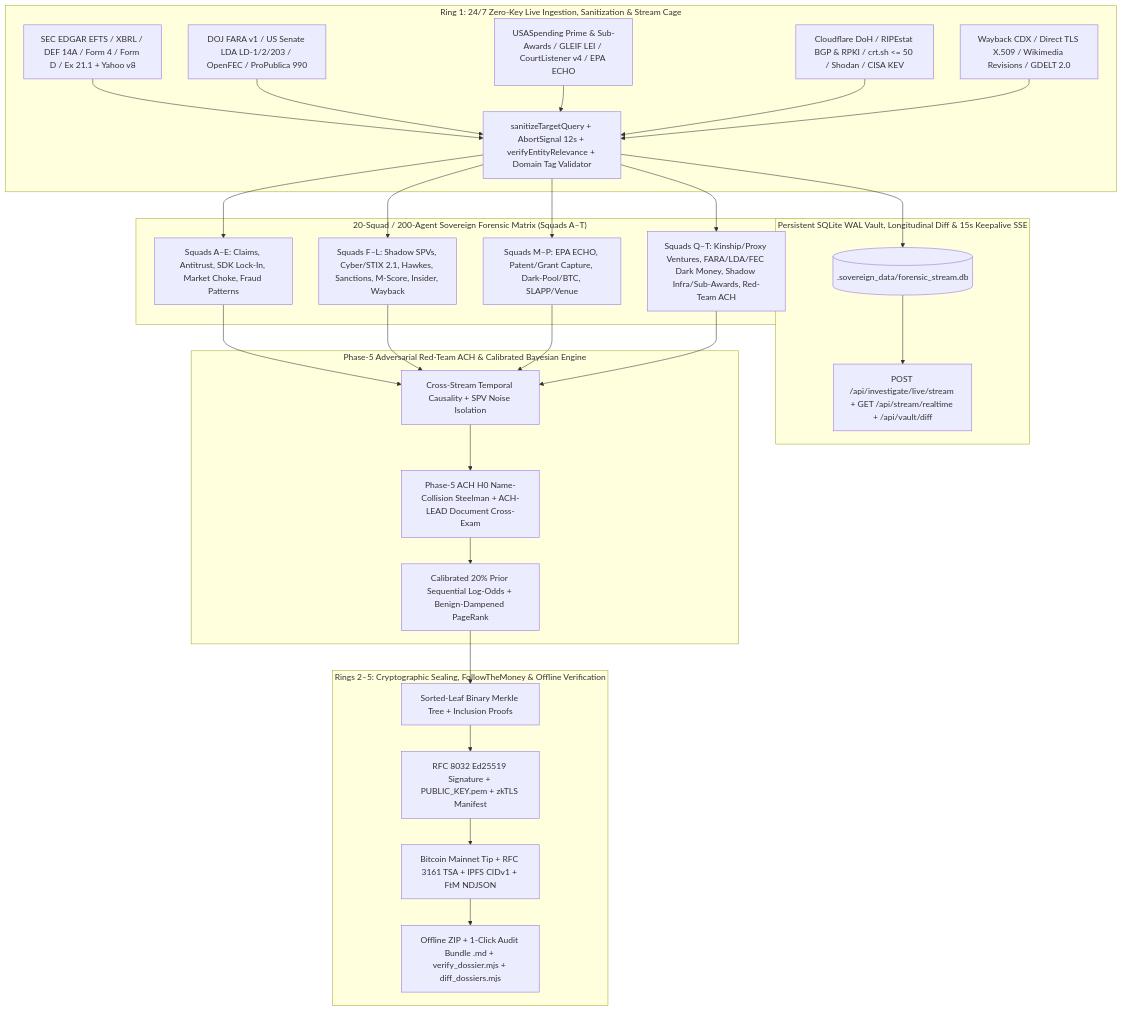
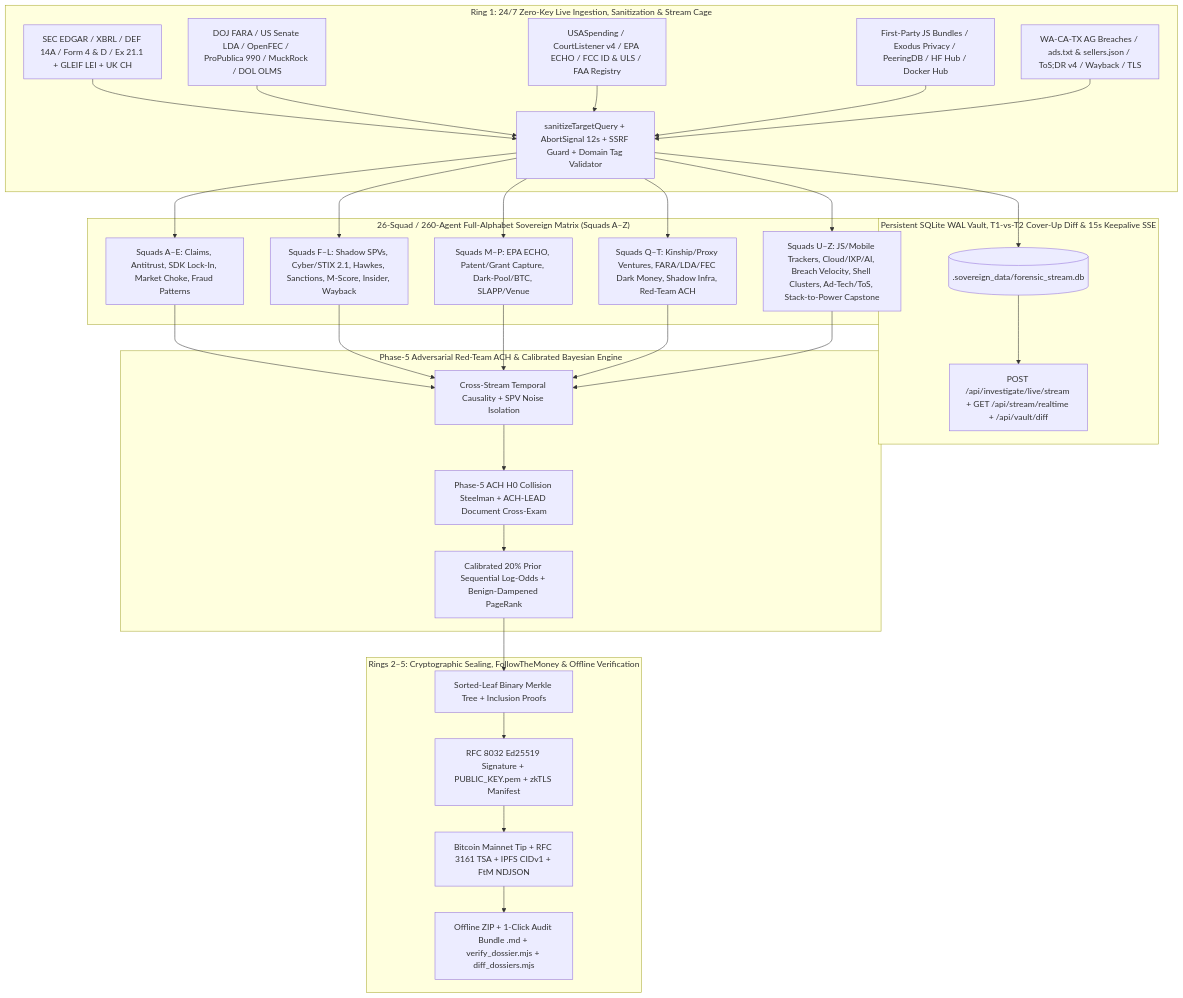
The diagram in README.md (codevalai/Sovereign-Tech-Hyper-Investigations-Grid), drawn with Mermaid before and after one commit. The commit also changed other lines of this file and 48 other files, not shown here.

First line of the commit message:
feat: upgrade to 260-agent A-Z swarm architecture

````diff
--- a/README.md
+++ b/README.md
@@ -27,41 +28,42 @@
 ```mermaid
 flowchart TD
     subgraph Ring1["Ring 1: 24/7 Zero-Key Live Ingestion, Sanitization & Stream Cage"]
-        A1[SEC EDGAR EFTS / XBRL / DEF 14A / Form 4 / Form D / Ex 21.1 + Yahoo v8]
-        A2[DOJ FARA v1 / US Senate LDA LD-1/2/203 / OpenFEC / ProPublica 990]
-        A3[USASpending Prime & Sub-Awards / GLEIF LEI / CourtListener v4 / EPA ECHO]
-        A4[Cloudflare DoH / RIPEstat BGP & RPKI / crt.sh <= 50 / Shodan / CISA KEV]
-        A5[Wayback CDX / Direct TLS X.509 / Wikimedia Revisions / GDELT 2.0]
-        SHIELD[sanitizeTargetQuery + AbortSignal 12s + verifyEntityRelevance + Domain Tag Validator]
+        A1[SEC EDGAR / XBRL / DEF 14A / Form 4 & D / Ex 21.1 + GLEIF LEI + UK CH]
+        A2[DOJ FARA / US Senate LDA / OpenFEC / ProPublica 990 / MuckRock / DOL OLMS]
+        A3[USASpending / CourtListener v4 / EPA ECHO / FCC ID & ULS / FAA Registry]
+        A4[First-Party JS Bundles / Exodus Privacy / PeeringDB / HF Hub / Docker Hub]
+        A5[WA-CA-TX AG Breaches / ads.txt & sellers.json / ToS;DR v4 / Wayback / TLS]
+        SHIELD[sanitizeTargetQuery + AbortSignal 12s + SSRF Guard + Domain Tag Validator]
         A1 & A2 & A3 & A4 & A5 --> SHIELD
     end
 
-    subgraph Daemon["Persistent SQLite WAL Vault, Longitudinal Diff & 15s Keepalive SSE"]
+    subgraph Daemon["Persistent SQLite WAL Vault, T1-vs-T2 Cover-Up Diff & 15s Keepalive SSE"]
         DB[(.sovereign_data/forensic_stream.db)]
         SSE[POST /api/investigate/live/stream + GET /api/stream/realtime + /api/vault/diff]
         SHIELD --> DB --> SSE
     end
 
-    subgraph Swarm["20-Squad / 200-Agent Sovereign Forensic Matrix (Squads A–T)"]
+    subgraph Swarm["26-Squad / 260-Agent Full-Alphabet Sovereign Matrix (Squads A–Z)"]
         SQ_AE[Squads A–E: Claims, Antitrust, SDK Lock-In, Market Choke, Fraud Patterns]
         SQ_IL[Squads F–L: Shadow SPVs, Cyber/STIX 2.1, Hawkes, Sanctions, M-Score, Insider, Wayback]
         SQ_MP[Squads M–P: EPA ECHO, Patent/Grant Capture, Dark-Pool/BTC, SLAPP/Venue]
-        SQ_QT[Squads Q–T: Kinship/Proxy Ventures, FARA/LDA/FEC Dark Money, Shadow Infra/Sub-Awards, Red-Team ACH]
-        SHIELD --> SQ_AE & SQ_IL & SQ_MP & SQ_QT
+        SQ_QT[Squads Q–T: Kinship/Proxy Ventures, FARA/LDA/FEC Dark Money, Shadow Infra, Red-Team ACH]
+        SQ_UZ[Squads U–Z: JS/Mobile Trackers, Cloud/IXP/AI, Breach Velocity, Shell Clusters, Ad-Tech/ToS, Stack-to-Power Capstone]
+        SHIELD --> SQ_AE & SQ_IL & SQ_MP & SQ_QT & SQ_UZ
     end
 
     subgraph Tribunal["Phase-5 Adversarial Red-Team ACH & Calibrated Bayesian Engine"]
         CAUSAL[Cross-Stream Temporal Causality + SPV Noise Isolation]
-        ACH[Phase-5 ACH H0 Name-Collision Steelman + ACH-LEAD Document Cross-Exam]
+        ACH[Phase-5 ACH H0 Collision Steelman + ACH-LEAD Document Cross-Exam]
         BAYES[Calibrated 20% Prior Sequential Log-Odds + Benign-Dampened PageRank]
-        SQ_AE & SQ_IL & SQ_MP & SQ_QT --> CAUSAL --> ACH --> BAYES
+        SQ_AE & SQ_IL & SQ_MP & SQ_QT & SQ_UZ --> CAUSAL --> ACH --> BAYES
     end
 
     subgraph CryptoSeal["Rings 2–5: Cryptographic Sealing, FollowTheMoney & Offline Verification"]
         MERKLE[Sorted-Leaf Binary Merkle Tree + Inclusion Proofs]
         ED25519[RFC 8032 Ed25519 Signature + PUBLIC_KEY.pem + zkTLS Manifest]
         ANCHOR[Bitcoin Mainnet Tip + RFC 3161 TSA + IPFS CIDv1 + FtM NDJSON]
         BUNDLE[Offline ZIP + 1-Click Audit Bundle .md + verify_dossier.mjs + diff_dossiers.mjs]
         BAYES --> MERKLE --> ED25519 --> ANCHOR --> BUNDLE
     end
 ```
````
